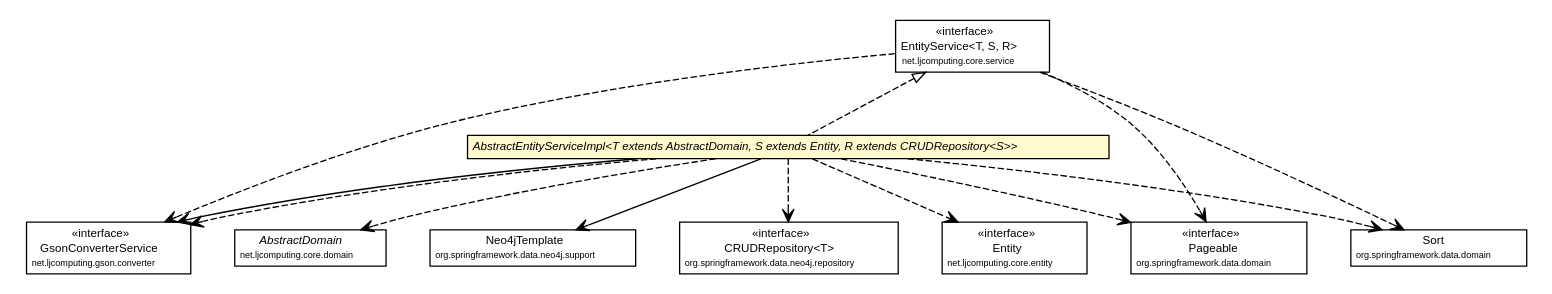
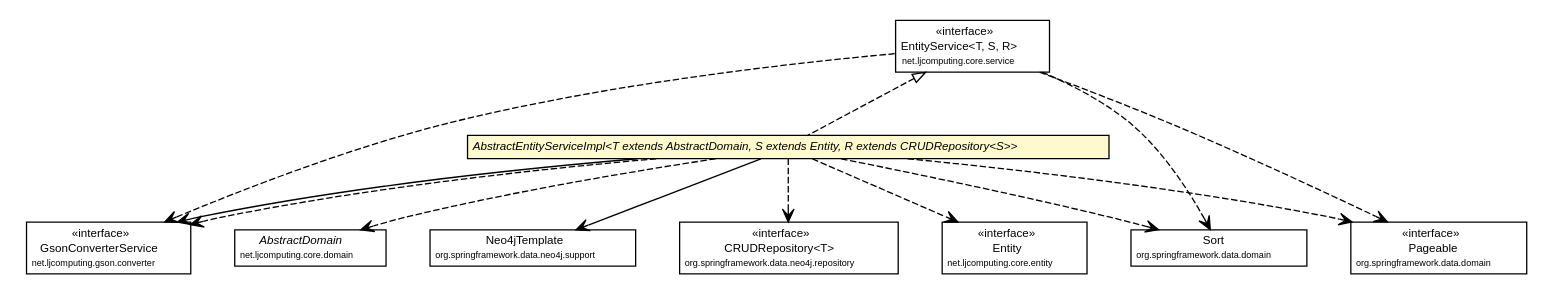
The diagram in net.ljcomputing.core/docs/javadoc/apidocs/net/ljcomputing/core/service/impl/AbstractEntityServiceImpl.dot (willmorejg/net.ljcomputing.ecsr), drawn with Graphviz before and after one commit. The commit also changed 252 other files, not shown here.

Commit message:
Refactored entity service. Corrected source code formatting / javadoc.

```diff
--- a/net.ljcomputing.core/docs/javadoc/apidocs/net/ljcomputing/core/service/impl/AbstractEntityServiceImpl.dot
+++ b/net.ljcomputing.core/docs/javadoc/apidocs/net/ljcomputing/core/service/impl/AbstractEntityServiceImpl.dot
@@ -1,103 +1,103 @@
 #!/usr/local/bin/dot
 #
 # Class diagram 
 # Generated by UMLGraph version R5_6 (http://www.umlgraph.org/)
 #
 
 digraph G {
 	edge [fontname="Helvetica",fontsize=10,labelfontname="Helvetica",labelfontsize=10];
 	node [fontname="Helvetica",fontsize=10,shape=plaintext];
 	nodesep=0.25;
 	ranksep=0.5;
 	// net.ljcomputing.core.entity.Entity
 	c95 [label=<<table title="net.ljcomputing.core.entity.Entity" border="0" cellborder="1" cellspacing="0" cellpadding="2" port="p" href="../../entity/Entity.html">
 		<tr><td><table border="0" cellspacing="0" cellpadding="1">
 <tr><td align="center" balign="center"> &#171;interface&#187; </td></tr>
 <tr><td align="center" balign="center"> Entity </td></tr>
 <tr><td align="center" balign="center"><font point-size="7.0"> net.ljcomputing.core.entity </font></td></tr>
 		</table></td></tr>
 		</table>>, URL="../../entity/Entity.html", fontname="Helvetica", fontcolor="black", fontsize=9.0];
 	// net.ljcomputing.core.domain.AbstractDomain
 	c98 [label=<<table title="net.ljcomputing.core.domain.AbstractDomain" border="0" cellborder="1" cellspacing="0" cellpadding="2" port="p" href="../../domain/AbstractDomain.html">
 		<tr><td><table border="0" cellspacing="0" cellpadding="1">
 <tr><td align="center" balign="center"><font face="Helvetica-Oblique"> AbstractDomain </font></td></tr>
 <tr><td align="center" balign="center"><font point-size="7.0"> net.ljcomputing.core.domain </font></td></tr>
 		</table></td></tr>
 		</table>>, URL="../../domain/AbstractDomain.html", fontname="Helvetica", fontcolor="black", fontsize=9.0];
 	// net.ljcomputing.core.service.impl.AbstractEntityServiceImpl<T extends net.ljcomputing.core.domain.AbstractDomain, S extends net.ljcomputing.core.entity.Entity, R extends org.springframework.data.neo4j.repository.CRUDRepository<S>>
 	c99 [label=<<table title="net.ljcomputing.core.service.impl.AbstractEntityServiceImpl" border="0" cellborder="1" cellspacing="0" cellpadding="2" port="p" bgcolor="lemonChiffon" href="./AbstractEntityServiceImpl.html">
 		<tr><td><table border="0" cellspacing="0" cellpadding="1">
 <tr><td align="center" balign="center"><font face="Helvetica-Oblique"> AbstractEntityServiceImpl&lt;T extends AbstractDomain, S extends Entity, R extends CRUDRepository&lt;S&gt;&gt; </font></td></tr>
 		</table></td></tr>
 		</table>>, URL="./AbstractEntityServiceImpl.html", fontname="Helvetica", fontcolor="black", fontsize=9.0];
 	// net.ljcomputing.core.service.EntityService<T, S, R>
 	c100 [label=<<table title="net.ljcomputing.core.service.EntityService" border="0" cellborder="1" cellspacing="0" cellpadding="2" port="p" href="../EntityService.html">
 		<tr><td><table border="0" cellspacing="0" cellpadding="1">
 <tr><td align="center" balign="center"> &#171;interface&#187; </td></tr>
 <tr><td align="center" balign="center"> EntityService&lt;T, S, R&gt; </td></tr>
 <tr><td align="center" balign="center"><font point-size="7.0"> net.ljcomputing.core.service </font></td></tr>
 		</table></td></tr>
 		</table>>, URL="../EntityService.html", fontname="Helvetica", fontcolor="black", fontsize=9.0];
 	//net.ljcomputing.core.service.impl.AbstractEntityServiceImpl<T extends net.ljcomputing.core.domain.AbstractDomain, S extends net.ljcomputing.core.entity.Entity, R extends org.springframework.data.neo4j.repository.CRUDRepository<S>> implements net.ljcomputing.core.service.EntityService<T, S, R>
 	c100:p -> c99:p [dir=back,arrowtail=empty,style=dashed];
 	// net.ljcomputing.core.service.impl.AbstractEntityServiceImpl<T extends net.ljcomputing.core.domain.AbstractDomain, S extends net.ljcomputing.core.entity.Entity, R extends org.springframework.data.neo4j.repository.CRUDRepository<S>> NAVASSOC net.ljcomputing.gson.converter.GsonConverterService
 	c99:p -> c101:p [taillabel="", label="", headlabel="", fontname="Helvetica", fontcolor="black", fontsize=10.0, color="black", arrowhead=open];
 	// net.ljcomputing.core.service.impl.AbstractEntityServiceImpl<T extends net.ljcomputing.core.domain.AbstractDomain, S extends net.ljcomputing.core.entity.Entity, R extends org.springframework.data.neo4j.repository.CRUDRepository<S>> NAVASSOC org.springframework.data.neo4j.support.Neo4jTemplate
 	c99:p -> c102:p [taillabel="", label="", headlabel="", fontname="Helvetica", fontcolor="black", fontsize=10.0, color="black", arrowhead=open];
-	// net.ljcomputing.core.service.impl.AbstractEntityServiceImpl<T extends net.ljcomputing.core.domain.AbstractDomain, S extends net.ljcomputing.core.entity.Entity, R extends org.springframework.data.neo4j.repository.CRUDRepository<S>> DEPEND org.springframework.data.domain.Pageable
-	c99:p -> c103:p [taillabel="", label="", headlabel="", fontname="Helvetica", fontcolor="black", fontsize=10.0, color="black", arrowhead=open, style=dashed];
+	// net.ljcomputing.core.service.impl.AbstractEntityServiceImpl<T extends net.ljcomputing.core.domain.AbstractDomain, S extends net.ljcomputing.core.entity.Entity, R extends org.springframework.data.neo4j.repository.CRUDRepository<S>> DEPEND net.ljcomputing.core.entity.Entity
+	c99:p -> c95:p [taillabel="", label="", headlabel="", fontname="Helvetica", fontcolor="black", fontsize=10.0, color="black", arrowhead=open, style=dashed];
 	// net.ljcomputing.core.service.impl.AbstractEntityServiceImpl<T extends net.ljcomputing.core.domain.AbstractDomain, S extends net.ljcomputing.core.entity.Entity, R extends org.springframework.data.neo4j.repository.CRUDRepository<S>> DEPEND net.ljcomputing.gson.converter.GsonConverterService
 	c99:p -> c101:p [taillabel="", label="", headlabel="", fontname="Helvetica", fontcolor="black", fontsize=10.0, color="black", arrowhead=open, style=dashed];
-	// net.ljcomputing.core.service.impl.AbstractEntityServiceImpl<T extends net.ljcomputing.core.domain.AbstractDomain, S extends net.ljcomputing.core.entity.Entity, R extends org.springframework.data.neo4j.repository.CRUDRepository<S>> DEPEND net.ljcomputing.core.entity.Entity
-	c99:p -> c95:p [taillabel="", label="", headlabel="", fontname="Helvetica", fontcolor="black", fontsize=10.0, color="black", arrowhead=open, style=dashed];
 	// net.ljcomputing.core.service.impl.AbstractEntityServiceImpl<T extends net.ljcomputing.core.domain.AbstractDomain, S extends net.ljcomputing.core.entity.Entity, R extends org.springframework.data.neo4j.repository.CRUDRepository<S>> DEPEND org.springframework.data.domain.Sort
+	c99:p -> c103:p [taillabel="", label="", headlabel="", fontname="Helvetica", fontcolor="black", fontsize=10.0, color="black", arrowhead=open, style=dashed];
+	// net.ljcomputing.core.service.impl.AbstractEntityServiceImpl<T extends net.ljcomputing.core.domain.AbstractDomain, S extends net.ljcomputing.core.entity.Entity, R extends org.springframework.data.neo4j.repository.CRUDRepository<S>> DEPEND org.springframework.data.domain.Pageable
 	c99:p -> c104:p [taillabel="", label="", headlabel="", fontname="Helvetica", fontcolor="black", fontsize=10.0, color="black", arrowhead=open, style=dashed];
 	// net.ljcomputing.core.service.impl.AbstractEntityServiceImpl<T extends net.ljcomputing.core.domain.AbstractDomain, S extends net.ljcomputing.core.entity.Entity, R extends org.springframework.data.neo4j.repository.CRUDRepository<S>> DEPEND org.springframework.data.neo4j.repository.CRUDRepository<T>
 	c99:p -> c105:p [taillabel="", label="", headlabel="", fontname="Helvetica", fontcolor="black", fontsize=10.0, color="black", arrowhead=open, style=dashed];
 	// net.ljcomputing.core.service.impl.AbstractEntityServiceImpl<T extends net.ljcomputing.core.domain.AbstractDomain, S extends net.ljcomputing.core.entity.Entity, R extends org.springframework.data.neo4j.repository.CRUDRepository<S>> DEPEND net.ljcomputing.core.domain.AbstractDomain
 	c99:p -> c98:p [taillabel="", label="", headlabel="", fontname="Helvetica", fontcolor="black", fontsize=10.0, color="black", arrowhead=open, style=dashed];
-	// net.ljcomputing.core.service.EntityService<T, S, R> DEPEND org.springframework.data.domain.Pageable
-	c100:p -> c103:p [taillabel="", label="", headlabel="", fontname="Helvetica", fontcolor="black", fontsize=10.0, color="black", arrowhead=open, style=dashed];
 	// net.ljcomputing.core.service.EntityService<T, S, R> DEPEND net.ljcomputing.gson.converter.GsonConverterService
 	c100:p -> c101:p [taillabel="", label="", headlabel="", fontname="Helvetica", fontcolor="black", fontsize=10.0, color="black", arrowhead=open, style=dashed];
 	// net.ljcomputing.core.service.EntityService<T, S, R> DEPEND org.springframework.data.domain.Sort
+	c100:p -> c103:p [taillabel="", label="", headlabel="", fontname="Helvetica", fontcolor="black", fontsize=10.0, color="black", arrowhead=open, style=dashed];
+	// net.ljcomputing.core.service.EntityService<T, S, R> DEPEND org.springframework.data.domain.Pageable
 	c100:p -> c104:p [taillabel="", label="", headlabel="", fontname="Helvetica", fontcolor="black", fontsize=10.0, color="black", arrowhead=open, style=dashed];
 	// org.springframework.data.neo4j.repository.CRUDRepository<T>
 	c105 [label=<<table title="org.springframework.data.neo4j.repository.CRUDRepository" border="0" cellborder="1" cellspacing="0" cellpadding="2" port="p">
 		<tr><td><table border="0" cellspacing="0" cellpadding="1">
 <tr><td align="center" balign="center"> &#171;interface&#187; </td></tr>
 <tr><td align="center" balign="center"> CRUDRepository&lt;T&gt; </td></tr>
 <tr><td align="center" balign="center"><font point-size="7.0"> org.springframework.data.neo4j.repository </font></td></tr>
 		</table></td></tr>
 		</table>>, URL="null", fontname="Helvetica", fontcolor="black", fontsize=9.0];
 	// org.springframework.data.neo4j.support.Neo4jTemplate
 	c102 [label=<<table title="org.springframework.data.neo4j.support.Neo4jTemplate" border="0" cellborder="1" cellspacing="0" cellpadding="2" port="p">
 		<tr><td><table border="0" cellspacing="0" cellpadding="1">
 <tr><td align="center" balign="center"> Neo4jTemplate </td></tr>
 <tr><td align="center" balign="center"><font point-size="7.0"> org.springframework.data.neo4j.support </font></td></tr>
 		</table></td></tr>
 		</table>>, URL="null", fontname="Helvetica", fontcolor="black", fontsize=9.0];
 	// net.ljcomputing.gson.converter.GsonConverterService
 	c101 [label=<<table title="net.ljcomputing.gson.converter.GsonConverterService" border="0" cellborder="1" cellspacing="0" cellpadding="2" port="p">
 		<tr><td><table border="0" cellspacing="0" cellpadding="1">
 <tr><td align="center" balign="center"> &#171;interface&#187; </td></tr>
 <tr><td align="center" balign="center"> GsonConverterService </td></tr>
 <tr><td align="center" balign="center"><font point-size="7.0"> net.ljcomputing.gson.converter </font></td></tr>
 		</table></td></tr>
 		</table>>, URL="null", fontname="Helvetica", fontcolor="black", fontsize=9.0];
+	// org.springframework.data.domain.Sort
+	c103 [label=<<table title="org.springframework.data.domain.Sort" border="0" cellborder="1" cellspacing="0" cellpadding="2" port="p">
+		<tr><td><table border="0" cellspacing="0" cellpadding="1">
+<tr><td align="center" balign="center"> Sort </td></tr>
+<tr><td align="center" balign="center"><font point-size="7.0"> org.springframework.data.domain </font></td></tr>
+		</table></td></tr>
+		</table>>, URL="null", fontname="Helvetica", fontcolor="black", fontsize=9.0];
 	// org.springframework.data.domain.Pageable
-	c103 [label=<<table title="org.springframework.data.domain.Pageable" border="0" cellborder="1" cellspacing="0" cellpadding="2" port="p">
+	c104 [label=<<table title="org.springframework.data.domain.Pageable" border="0" cellborder="1" cellspacing="0" cellpadding="2" port="p">
 		<tr><td><table border="0" cellspacing="0" cellpadding="1">
 <tr><td align="center" balign="center"> &#171;interface&#187; </td></tr>
 <tr><td align="center" balign="center"> Pageable </td></tr>
 <tr><td align="center" balign="center"><font point-size="7.0"> org.springframework.data.domain </font></td></tr>
 		</table></td></tr>
 		</table>>, URL="null", fontname="Helvetica", fontcolor="black", fontsize=9.0];
-	// org.springframework.data.domain.Sort
-	c104 [label=<<table title="org.springframework.data.domain.Sort" border="0" cellborder="1" cellspacing="0" cellpadding="2" port="p">
-		<tr><td><table border="0" cellspacing="0" cellpadding="1">
-<tr><td align="center" balign="center"> Sort </td></tr>
-<tr><td align="center" balign="center"><font point-size="7.0"> org.springframework.data.domain </font></td></tr>
-		</table></td></tr>
-		</table>>, URL="null", fontname="Helvetica", fontcolor="black", fontsize=9.0];
 }
```
